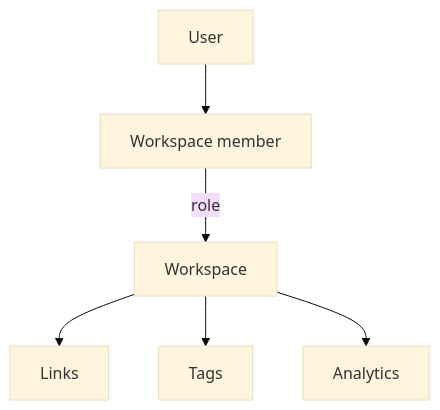
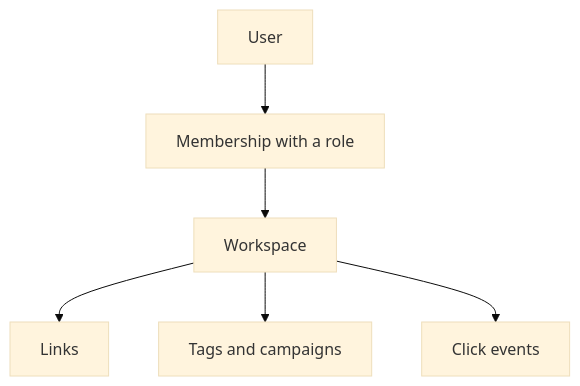
One commit to hamedniroomand/masir changed the diagram in docs/guide/workspaces.md. Above: the diagram before and after it, drawn with Mermaid (base theme). The commit also changed other lines of this file and 29 other files, not shown here.

````diff
--- a/docs/guide/workspaces.md
+++ b/docs/guide/workspaces.md
@@ -6,8 +7,8 @@
 ```mermaid
 flowchart TD
-  U[User] --> M[Workspace member]
-  M -->|role| W[Workspace]
+  U[User] --> M[Membership with a role]
+  M --> W[Workspace]
   W --> L[Links]
-  W --> T[Tags]
-  W --> A[Analytics]
+  W --> T[Tags and campaigns]
+  W --> A[Click events]
 ```
````
